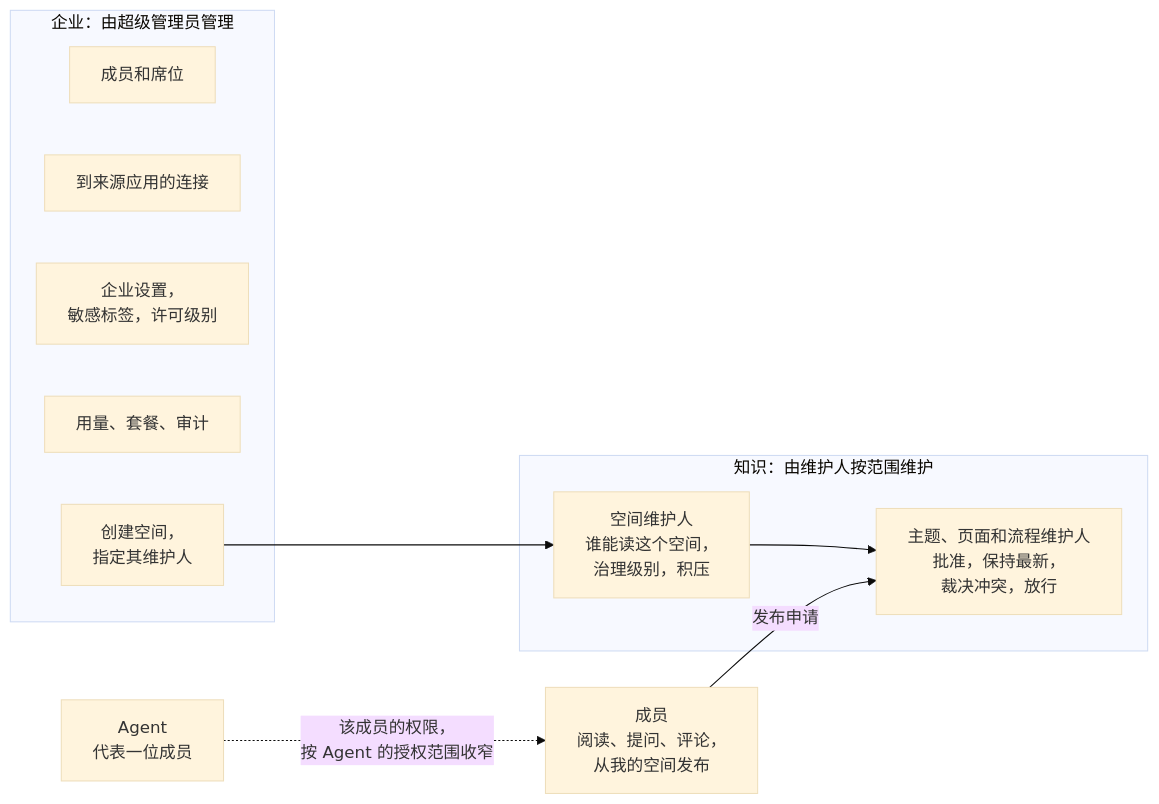
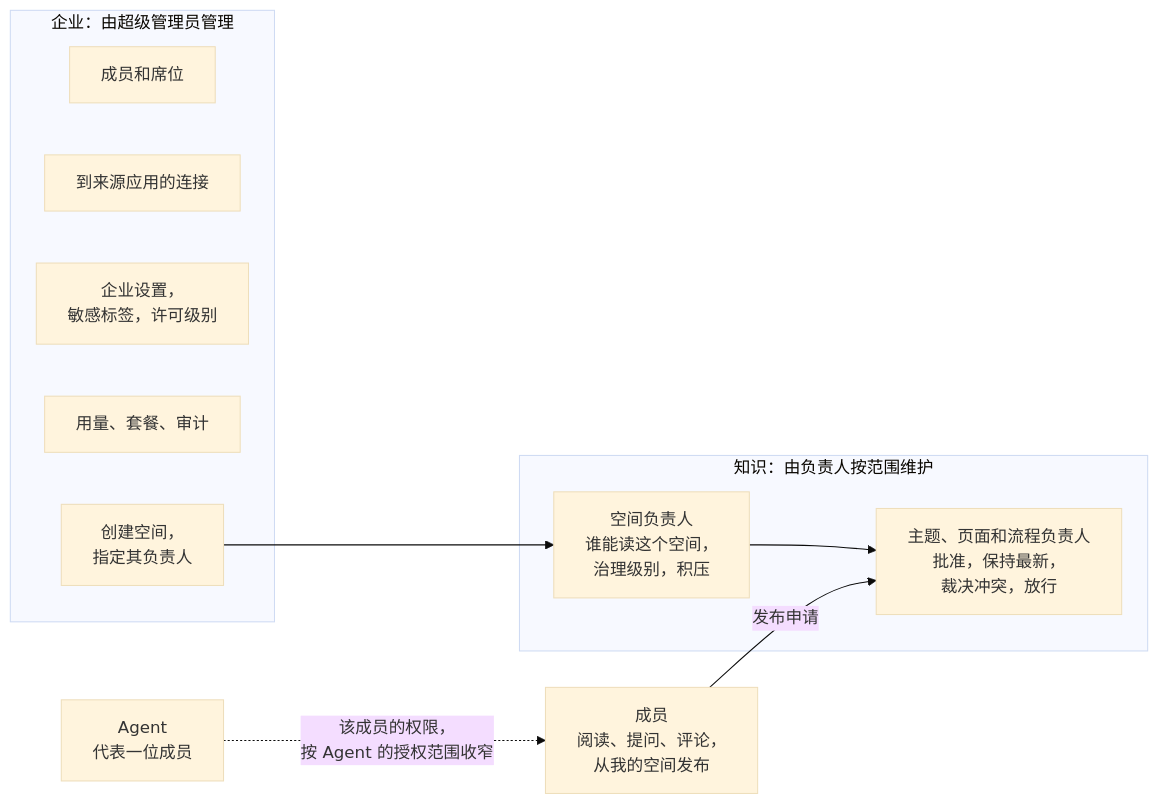
The third of 9 diagrams in docs/zh/overview.md (AngelMsger/Inspiration), drawn with Mermaid (base theme) before and after one commit. The commit also changed other lines of this file and 24 other files, not shown here.

````diff
--- a/docs/zh/overview.md
+++ b/docs/zh/overview.md
@@ -138,20 +138,20 @@
 ```mermaid
 flowchart LR
   subgraph company["企业：由超级管理员管理"]
     a1[成员和席位]
     a2[到来源应用的连接]
     a3["企业设置，<br/>敏感标签，许可级别"]
     a4[用量、套餐、审计]
-    a5["创建空间，<br/>指定其维护人"]
+    a5["创建空间，<br/>指定其负责人"]
   end
-  subgraph knowledge["知识：由维护人按范围维护"]
-    o1["空间维护人<br/>谁能读这个空间，<br/>治理级别，积压"]
-    o2["主题、页面和流程维护人<br/>批准，保持最新，<br/>裁决冲突，放行"]
+  subgraph knowledge["知识：由负责人按范围维护"]
+    o1["空间负责人<br/>谁能读这个空间，<br/>治理级别，积压"]
+    o2["主题、页面和流程负责人<br/>批准，保持最新，<br/>裁决冲突，放行"]
   end
   m["成员<br/>阅读、提问、评论，<br/>从我的空间发布"]
   ag["Agent<br/>代表一位成员"]
   a5 --> o1
   o1 --> o2
   m -- 发布申请 --> o2
   ag -. "该成员的权限，<br/>按 Agent 的授权范围收窄" .-> m
 ```
````
